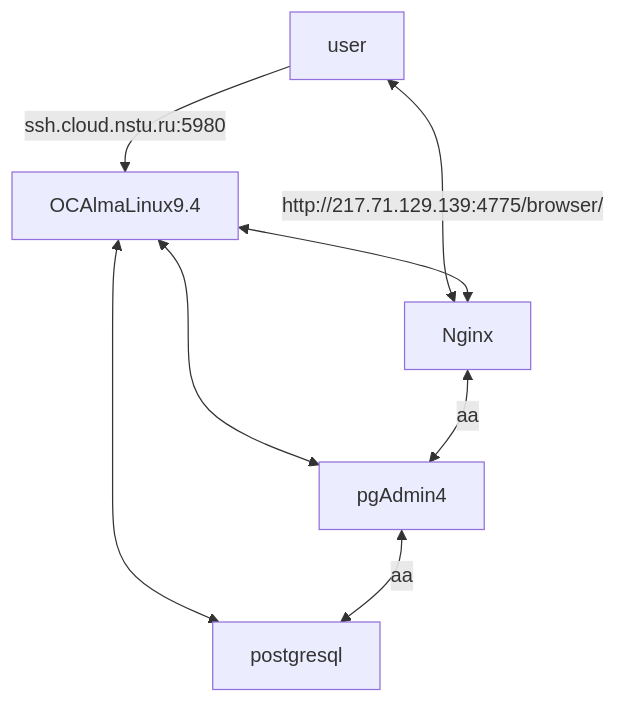
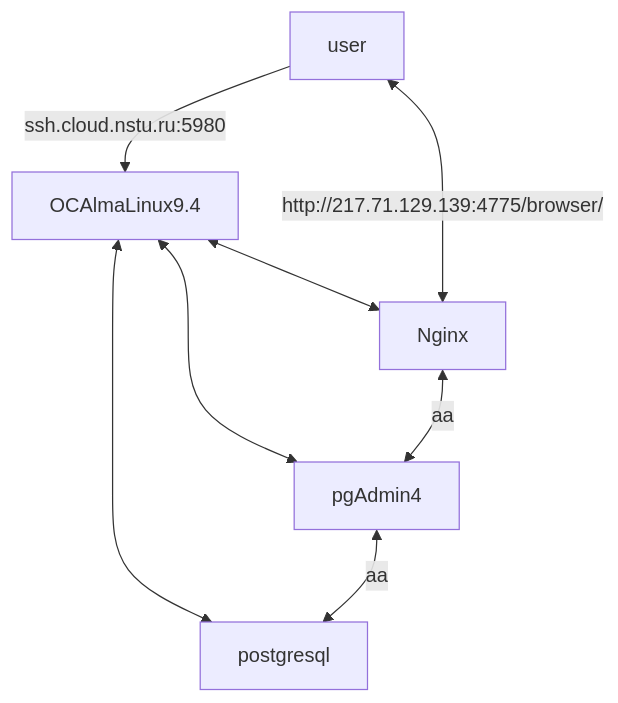
The diagram in AIS/mermaid_test.md (Nepucated/University), drawn with Mermaid before and after one commit. The commit also changed other lines of this file, not shown here.

````diff
--- a/AIS/mermaid_test.md
+++ b/AIS/mermaid_test.md
@@ -1,10 +1,10 @@
 ```mermaid
 graph TB
     user -->|ssh.cloud.nstu.ru:5980| OCAlmaLinux9.4
+    OCAlmaLinux9.4 <--> Nginx
     user <-->|http://217.71.129.139:4775/browser/| Nginx
-    OCAlmaLinux9.4 <--> Nginx
     OCAlmaLinux9.4 <--> pgAdmin4
     OCAlmaLinux9.4 <--> postgresql
     Nginx <--> |aa| pgAdmin4
     pgAdmin4 <--> |aa| postgresql
 ```
````
